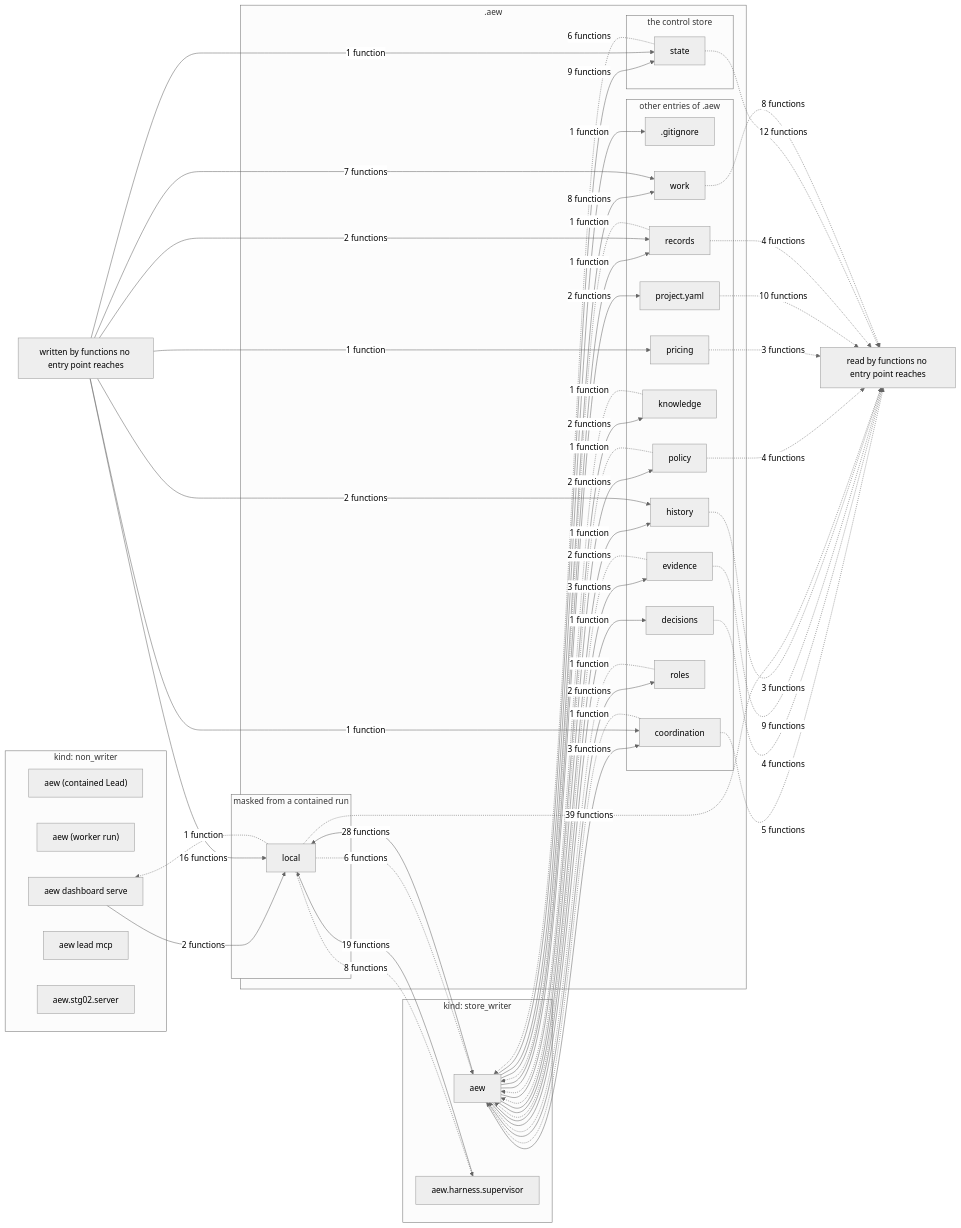
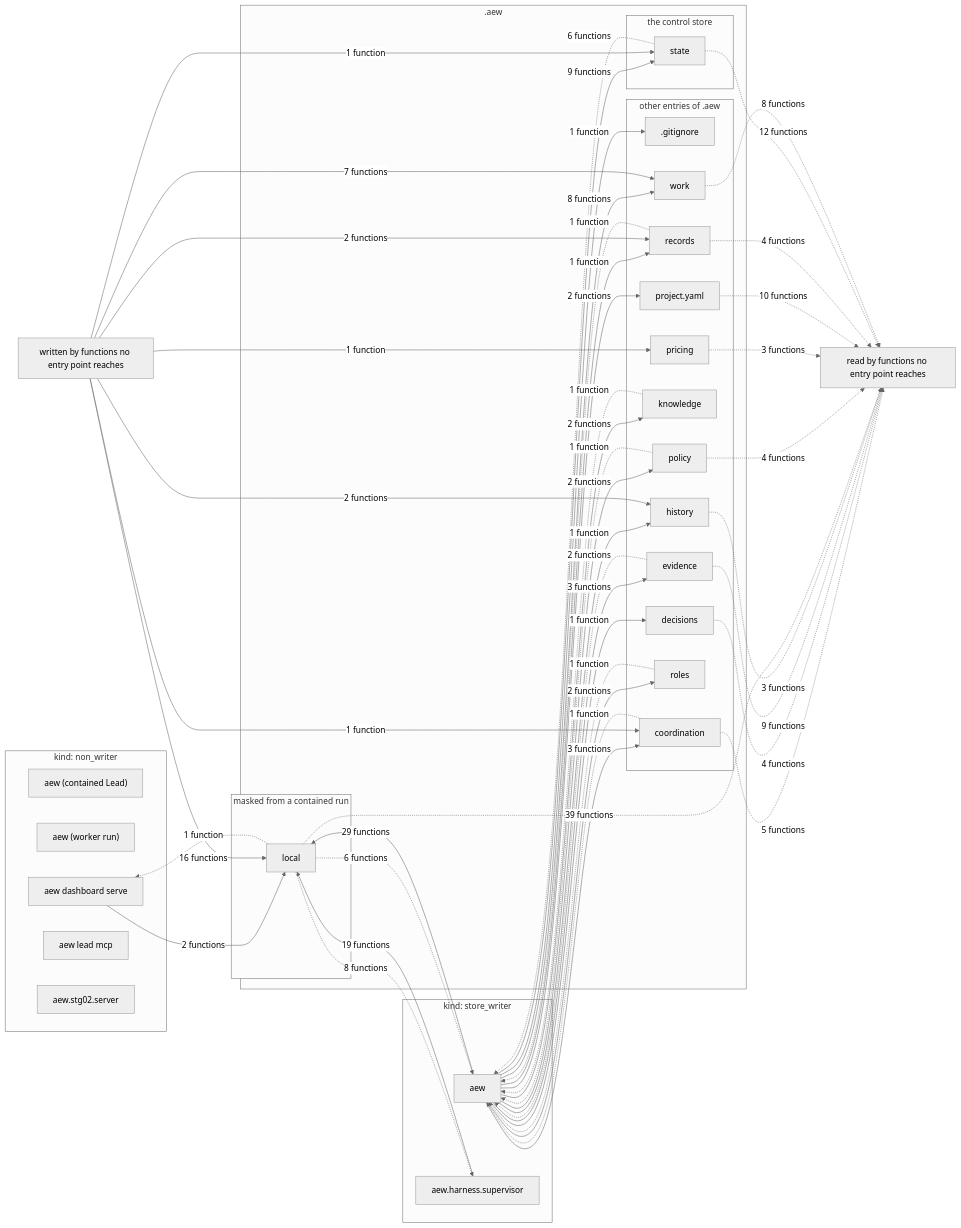
Before and after one commit to JonSmithTLT/Agentic-Engineering-Workflow: the diagram in docs/reference/data-flow.md, drawn with Mermaid (neutral theme). The commit also changed other lines of this file and 21 other files, not shown here.

````diff
--- a/docs/reference/data-flow.md
+++ b/docs/reference/data-flow.md
@@ -5,81 +5,81 @@
 ```mermaid
 flowchart LR
     subgraph kind_non_writer["kind: non_writer"]
         proc_aew_contained_lead["aew (contained Lead)"]
         proc_aew_worker_run["aew (worker run)"]
         proc_aew_dashboard_serve["aew dashboard serve"]
         proc_aew_lead_mcp["aew lead mcp"]
         proc_aew_stg02_server["aew.stg02.server"]
     end
     subgraph kind_store_writer["kind: store_writer"]
         proc_aew["aew"]
         proc_aew_harness_supervisor["aew.harness.supervisor"]
     end
     subgraph aew_dir[".aew"]
         subgraph group_store["the control store"]
             path_state["state"]
         end
         subgraph group_masked["masked from a contained run"]
             path_local["local"]
         end
         subgraph group_other["other entries of .aew"]
             path_gitignore[".gitignore"]
             path_coordination["coordination"]
             path_decisions["decisions"]
             path_evidence["evidence"]
             path_history["history"]
             path_knowledge["knowledge"]
             path_policy["policy"]
             path_pricing["pricing"]
             path_project_yaml["project.yaml"]
             path_records["records"]
             path_roles["roles"]
             path_work["work"]
         end
     end
     no_writer["written by functions no entry point reaches"]
     no_reader["read by functions no entry point reaches"]
     proc_aew -->|"1 function"| path_gitignore
     proc_aew -->|"3 functions"| path_coordination
     proc_aew -->|"1 function"| path_decisions
     proc_aew -->|"3 functions"| path_evidence
     proc_aew -->|"1 function"| path_history
     proc_aew -->|"2 functions"| path_knowledge
-    proc_aew -->|"28 functions"| path_local
+    proc_aew -->|"29 functions"| path_local
     proc_aew -->|"2 functions"| path_policy
     proc_aew -->|"2 functions"| path_project_yaml
     proc_aew -->|"1 function"| path_records
     proc_aew -->|"2 functions"| path_roles
     proc_aew -->|"9 functions"| path_state
     proc_aew -->|"8 functions"| path_work
     proc_aew_dashboard_serve -->|"2 functions"| path_local
     proc_aew_harness_supervisor -->|"19 functions"| path_local
     no_writer -->|"1 function"| path_coordination
     no_writer -->|"2 functions"| path_history
     no_writer -->|"16 functions"| path_local
     no_writer -->|"1 function"| path_pricing
     no_writer -->|"2 functions"| path_records
     no_writer -->|"1 function"| path_state
     no_writer -->|"7 functions"| path_work
     path_coordination -.->|"1 function"| proc_aew
     path_evidence -.->|"2 functions"| proc_aew
     path_knowledge -.->|"1 function"| proc_aew
     path_local -.->|"6 functions"| proc_aew
     path_policy -.->|"1 function"| proc_aew
     path_records -.->|"1 function"| proc_aew
     path_roles -.->|"1 function"| proc_aew
     path_state -.->|"6 functions"| proc_aew
     path_local -.->|"1 function"| proc_aew_dashboard_serve
     path_local -.->|"8 functions"| proc_aew_harness_supervisor
     path_coordination -.->|"5 functions"| no_reader
     path_decisions -.->|"4 functions"| no_reader
     path_evidence -.->|"9 functions"| no_reader
     path_history -.->|"3 functions"| no_reader
     path_local -.->|"39 functions"| no_reader
     path_policy -.->|"4 functions"| no_reader
     path_pricing -.->|"3 functions"| no_reader
     path_project_yaml -.->|"10 functions"| no_reader
     path_records -.->|"4 functions"| no_reader
     path_state -.->|"12 functions"| no_reader
     path_work -.->|"8 functions"| no_reader
 ```
````
